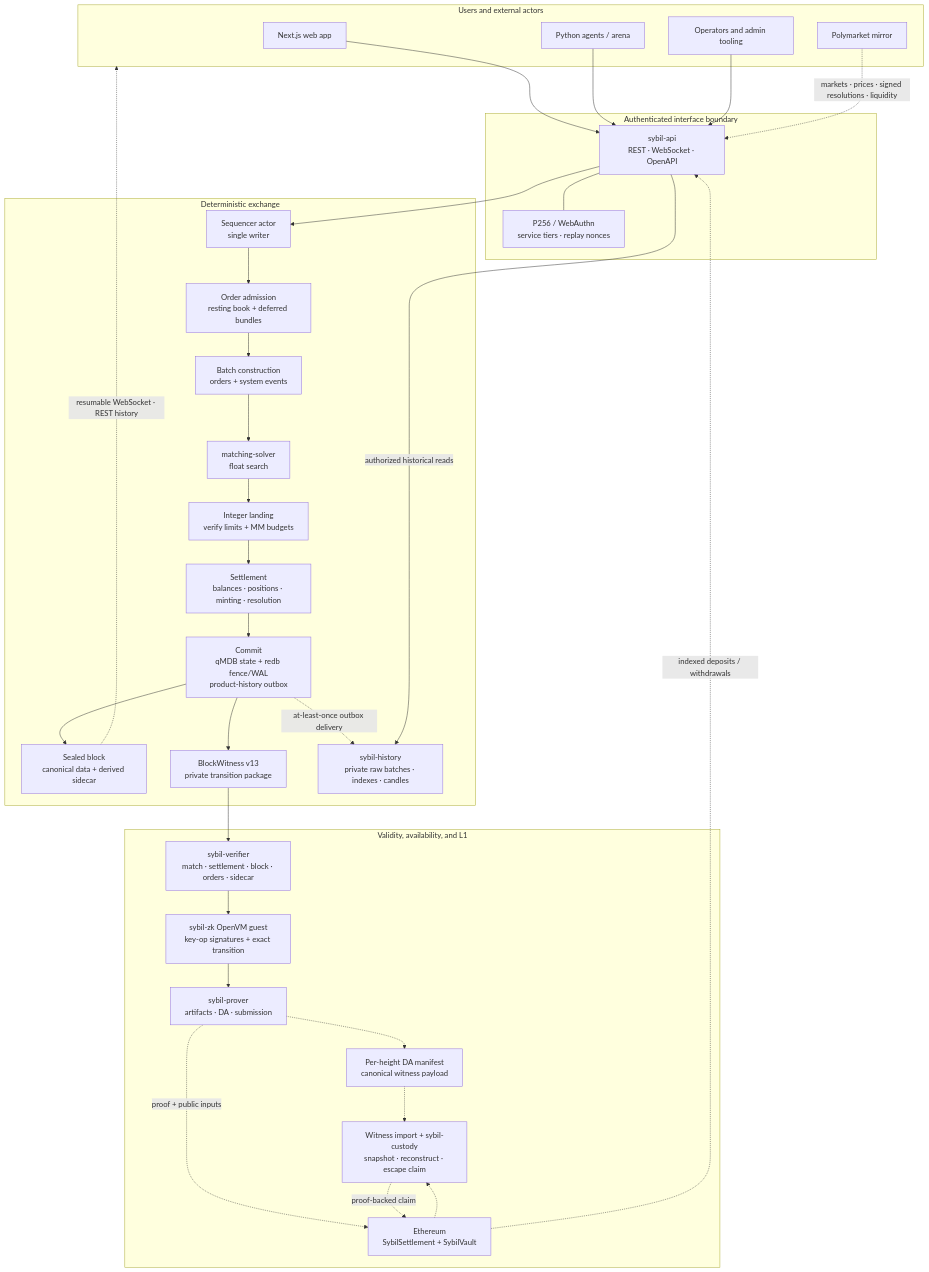
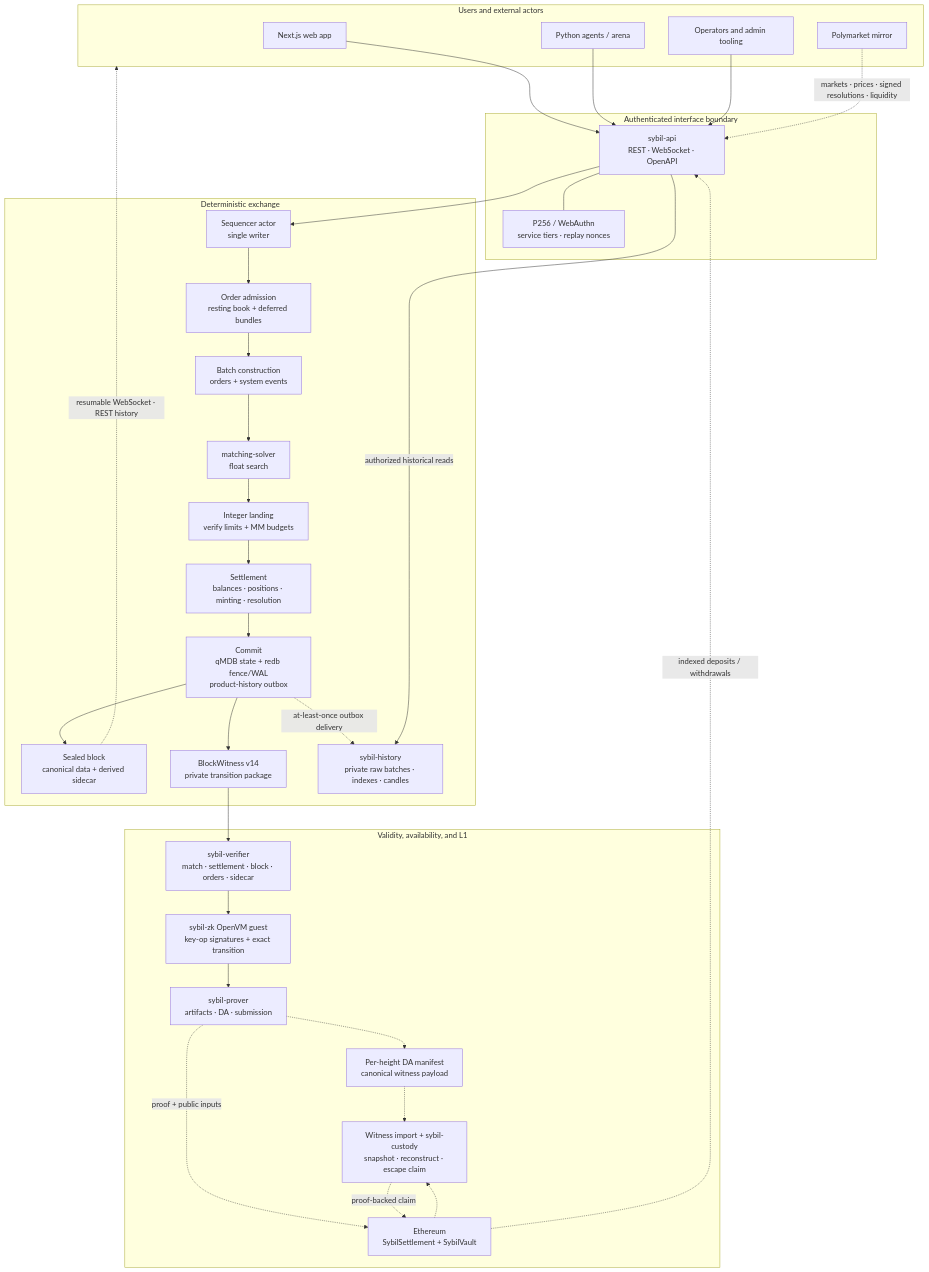
Before and after one commit to MetaB0y/sybil: the first of 2 diagrams in docs/architecture/Sybil Architecture.md, drawn with Mermaid. The commit also changed other lines of this file and 73 other files, not shown here.

````diff
--- a/docs/architecture/Sybil Architecture.md
+++ b/docs/architecture/Sybil Architecture.md
@@ -21,58 +21,58 @@
 ```mermaid
 flowchart TB
     subgraph users["Users and external actors"]
         WEB["Next.js web app"]
         BOTS["Python agents / arena"]
         PM["Polymarket mirror"]
         OPS["Operators and admin tooling"]
     end
 
     subgraph edge["Authenticated interface boundary"]
         API["sybil-api<br/>REST · WebSocket · OpenAPI"]
         AUTH["P256 / WebAuthn<br/>service tiers · replay nonces"]
         API --- AUTH
     end
 
     subgraph exchange["Deterministic exchange"]
         ACTOR["Sequencer actor<br/>single writer"]
         ADMIT["Order admission<br/>resting book + deferred bundles"]
         BATCH["Batch construction<br/>orders + system events"]
         SOLVE["matching-solver<br/>float search"]
         LAND["Integer landing<br/>verify limits + MM budgets"]
         SETTLE["Settlement<br/>balances · positions · minting · resolution"]
         STORE["Commit<br/>qMDB state + redb fence/WAL<br/>product-history outbox"]
         BLOCK["Sealed block<br/>canonical data + derived sidecar"]
-        WIT["BlockWitness v13<br/>private transition package"]
+        WIT["BlockWitness v14<br/>private transition package"]
         HIST["sybil-history<br/>private raw batches · indexes · candles"]
 
         ACTOR --> ADMIT --> BATCH --> SOLVE --> LAND --> SETTLE --> STORE
         STORE --> BLOCK
         STORE --> WIT
         STORE -.->|"at-least-once outbox delivery"| HIST
     end
 
     subgraph validity["Validity, availability, and L1"]
         VERIFY["sybil-verifier<br/>match · settlement · block · orders · sidecar"]
         GUEST["sybil-zk OpenVM guest<br/>key-op signatures + exact transition"]
         PROVER["sybil-prover<br/>artifacts · DA · submission"]
         DA["Per-height DA manifest<br/>canonical witness payload"]
         L1["Ethereum<br/>SybilSettlement + SybilVault"]
         ESCAPE["Witness import + sybil-custody<br/>snapshot · reconstruct · escape claim"]
 
         WIT --> VERIFY --> GUEST --> PROVER
         PROVER -.-> DA
         PROVER -.->|"proof + public inputs"| L1
         DA -.-> ESCAPE
         L1 -.-> ESCAPE
         ESCAPE -.->|"proof-backed claim"| L1
     end
 
     WEB --> API
     BOTS --> API
     OPS --> API
     PM -.->|"markets · prices · signed resolutions · liquidity"| API
     API --> ACTOR
     API -->|"authorized historical reads"| HIST
     BLOCK -.->|"resumable WebSocket · REST history"| users
     L1 -.->|"indexed deposits / withdrawals"| API
 ```
````
